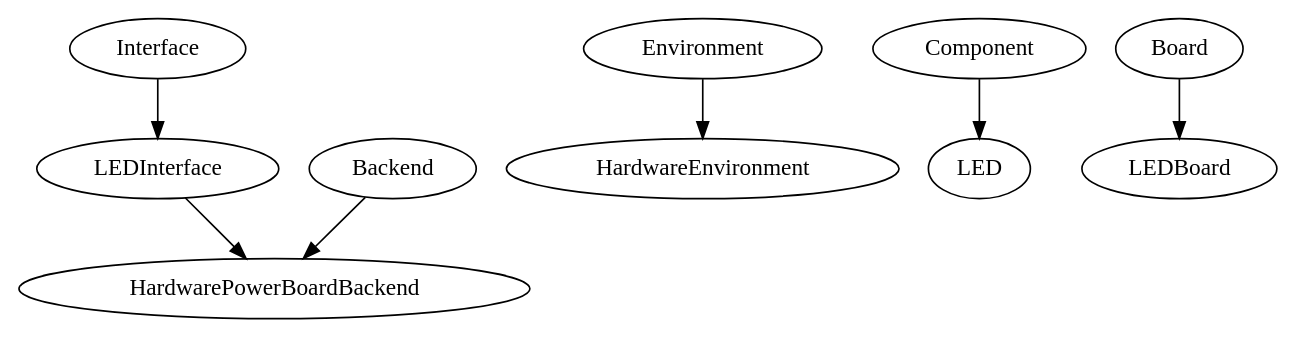
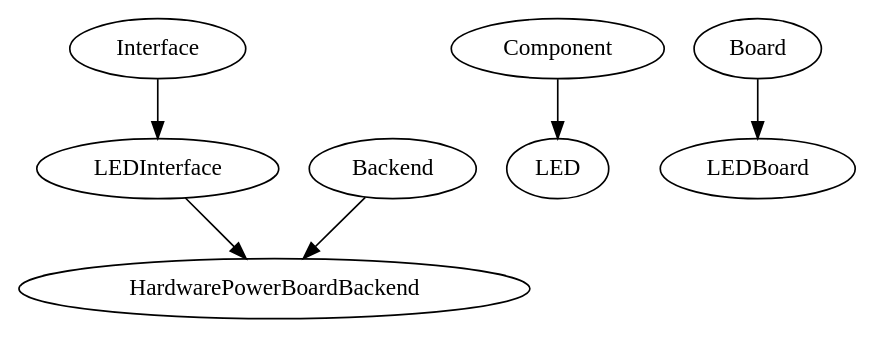
The first of 4 diagrams in docs/concepts/structure.rst (srobo/j5), drawn with Graphviz before and after one commit. The commit also changed other lines of this file, not shown here.

Commit message:
Remove Environment from structure diagrams

```diff
--- a/docs/concepts/structure.rst
+++ b/docs/concepts/structure.rst
@@ -12,9 +12,8 @@
 .. graphviz::
 
    digraph {
         Interface -> LEDInterface
         {LEDInterface, Backend} -> HardwarePowerBoardBackend
-        Environment -> HardwareEnvironment
         Component -> LED
         Board -> LEDBoard
    }
```
